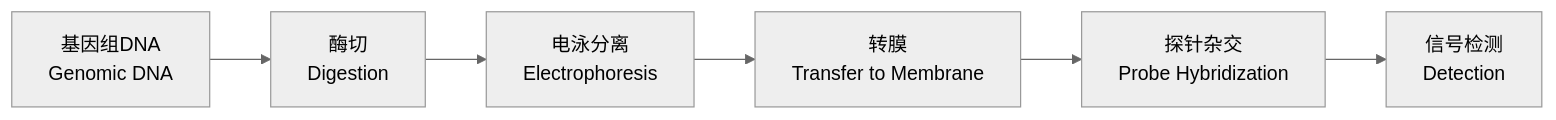
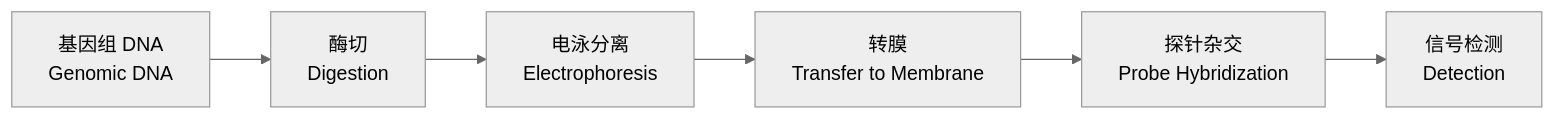
Before and after one commit to Tianshang301/TianshangKnowledgeBase: the fourth of 4 diagrams in 02_NaturalSciences/Biology/MolecularBiology/分子生物学技术.md, drawn with Mermaid (neutral theme). The commit also changed other lines of this file and 2257 other files, not shown here.

````diff
--- a/02_NaturalSciences/Biology/MolecularBiology/分子生物学技术.md
+++ b/02_NaturalSciences/Biology/MolecularBiology/分子生物学技术.md
@@ -186,8 +186,8 @@
 ```mermaid
 flowchart LR
-    A["基因组DNA<br/>Genomic DNA"] --> B["酶切<br/>Digestion"]
+    A["基因组 DNA<br/>Genomic DNA"] --> B["酶切<br/>Digestion"]
     B --> C["电泳分离<br/>Electrophoresis"]
     C --> D["转膜<br/>Transfer to Membrane"]
     D --> E["探针杂交<br/>Probe Hybridization"]
     E --> F["信号检测<br/>Detection"]
 ```
````
